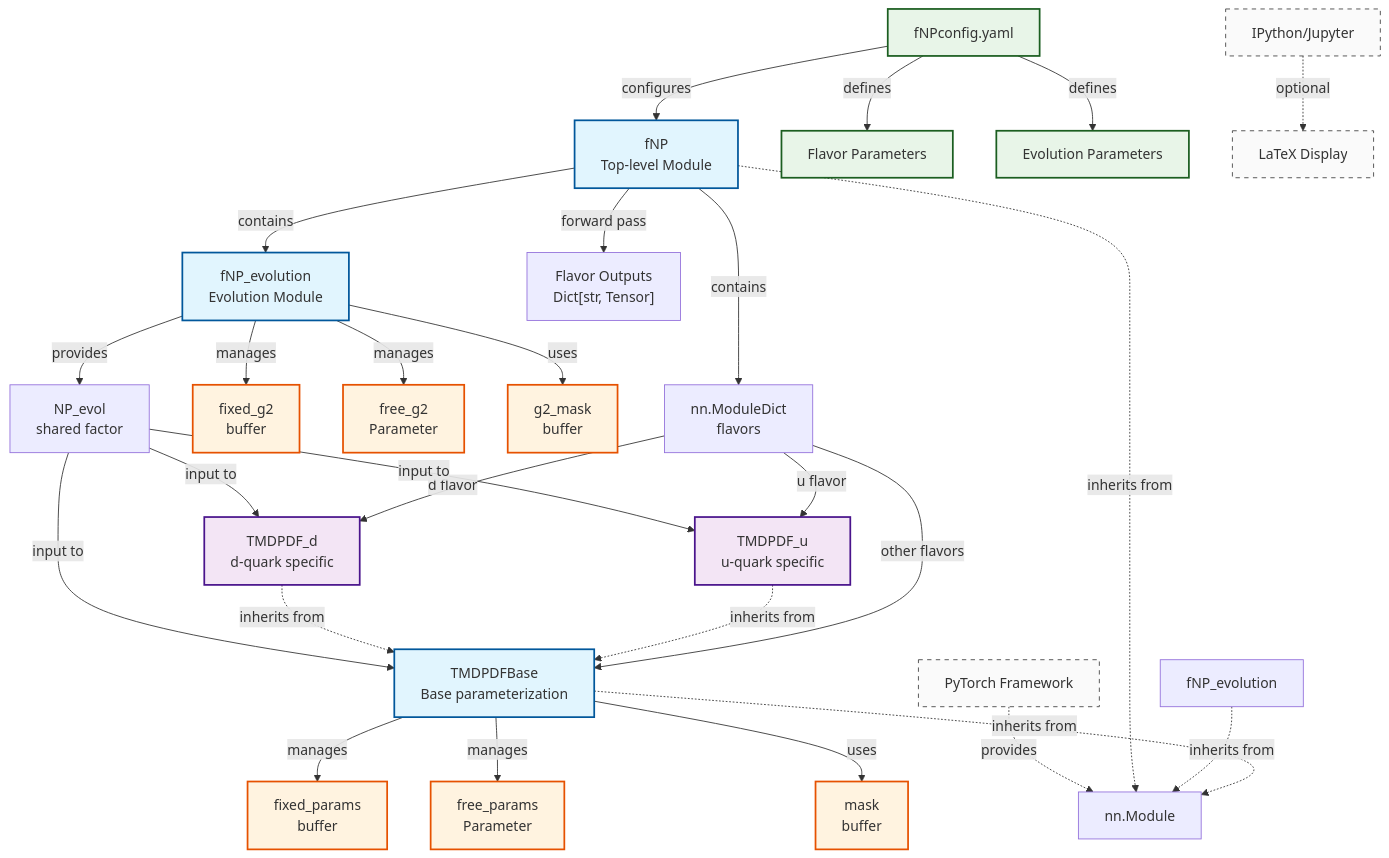
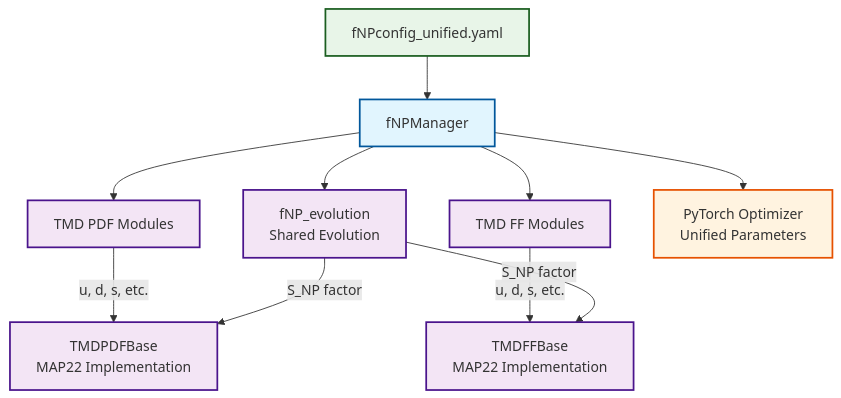
The diagram in map/docs/fNP.md (quantom-collab/tmd), drawn with Mermaid before and after one commit. The commit also changed other lines of this file and 15 other files, not shown here.

````diff
--- a/map/docs/fNP.md
+++ b/map/docs/fNP.md
@@ -54,59 +45,25 @@
 ```mermaid
 graph TD
-    %% Top-level module
-    fNP[fNP<br/>Top-level Module] --> |contains| Evolution[fNP_evolution<br/>Evolution Module]
-    fNP --> |contains| FlavorDict[nn.ModuleDict<br/>flavors]
+    Config[fNPconfig_unified.yaml] --> Manager[fNPManager]
+    Manager --> Evolution[fNP_evolution<br/>Shared Evolution]
+    Manager --> PDFModules[TMD PDF Modules]
+    Manager --> FFModules[TMD FF Modules]
     
-    %% Flavor modules
-    FlavorDict --> |u flavor| TMDPDF_u[TMDPDF_u<br/>u-quark specific]
-    FlavorDict --> |d flavor| TMDPDF_d[TMDPDF_d<br/>d-quark specific]
-    FlavorDict --> |other flavors| TMDPDFBase[TMDPDFBase<br/>Base parameterization]
+    PDFModules --> |"u, d, s, etc."| PDFBase[TMDPDFBase<br/>MAP22 Implementation]
+    FFModules --> |"u, d, s, etc."| FFBase[TMDFFBase<br/>MAP22 Implementation]
     
-    %% Inheritance
-    TMDPDF_u -.-> |inherits from| TMDPDFBase
-    TMDPDF_d -.-> |inherits from| TMDPDFBase
-    TMDPDFBase -.-> |inherits from| PyTorchModule[nn.Module]
-    fNP_evolution -.-> |inherits from| PyTorchModule
-    fNP -.-> |inherits from| PyTorchModule
+    Evolution --> |S_NP factor| PDFBase
+    Evolution --> |S_NP factor| FFBase
     
-    %% Parameter management
-    TMDPDFBase --> |manages| FixedParams[fixed_params<br/>buffer]
-    TMDPDFBase --> |manages| FreeParams[free_params<br/>Parameter]
-    TMDPDFBase --> |uses| Mask[mask<br/>buffer]
+    Manager --> Optimizer[PyTorch Optimizer<br/>Unified Parameters]
     
-    %% Evolution parameters
-    Evolution --> |manages| FixedG2[fixed_g2<br/>buffer]
-    Evolution --> |manages| FreeG2[free_g2<br/>Parameter]
-    Evolution --> |uses| G2Mask[g2_mask<br/>buffer]
+    classDef config fill:#e8f5e8,stroke:#1b5e20,stroke-width:2px
+    classDef manager fill:#e1f5fe,stroke:#01579b,stroke-width:2px
+    classDef module fill:#f3e5f5,stroke:#4a148c,stroke-width:2px
+    classDef optimizer fill:#fff3e0,stroke:#e65100,stroke-width:2px
     
-    %% Data flow
-    fNP --> |forward pass| FlavorOutputs["Flavor Outputs<br/>Dict[str, Tensor]"]
-    Evolution --> |provides| NPEvol[NP_evol<br/>shared factor]
-    NPEvol --> |input to| TMDPDF_u
-    NPEvol --> |input to| TMDPDF_d
-    NPEvol --> |input to| TMDPDFBase
-    
-    %% Configuration
-    Config[fNPconfig.yaml] --> |configures| fNP
-    Config --> |defines| FlavorConfig[Flavor Parameters]
-    Config --> |defines| EvolutionConfig[Evolution Parameters]
-    
-    %% External dependencies
-    PyTorch[PyTorch Framework] -.-> |provides| PyTorchModule
-    IPython[IPython/Jupyter] -.-> |optional| LaTeXDisplay[LaTeX Display]
-    
-    classDef mainClass fill:#e1f5fe,stroke:#01579b,stroke-width:2px
-    classDef flavorClass fill:#f3e5f5,stroke:#4a148c,stroke-width:2px
-    classDef paramClass fill:#fff3e0,stroke:#e65100,stroke-width:2px
-    classDef configClass fill:#e8f5e8,stroke:#1b5e20,stroke-width:2px
-    classDef externalClass fill:#fafafa,stroke:#424242,stroke-width:1px,stroke-dasharray: 5 5
-    
-    class fNP mainClass
-    class Evolution mainClass
-    class TMDPDF_u flavorClass
-    class TMDPDF_d flavorClass
-    class TMDPDFBase mainClass
-    class FixedParams,FreeParams,Mask,FixedG2,FreeG2,G2Mask paramClass
-    class Config,FlavorConfig,EvolutionConfig configClass
-    class PyTorch,IPython,LaTeXDisplay externalClass
+    class Config config
+    class Manager manager
+    class Evolution,PDFModules,FFModules,PDFBase,FFBase module
+    class Optimizer optimizer
 ```
````
